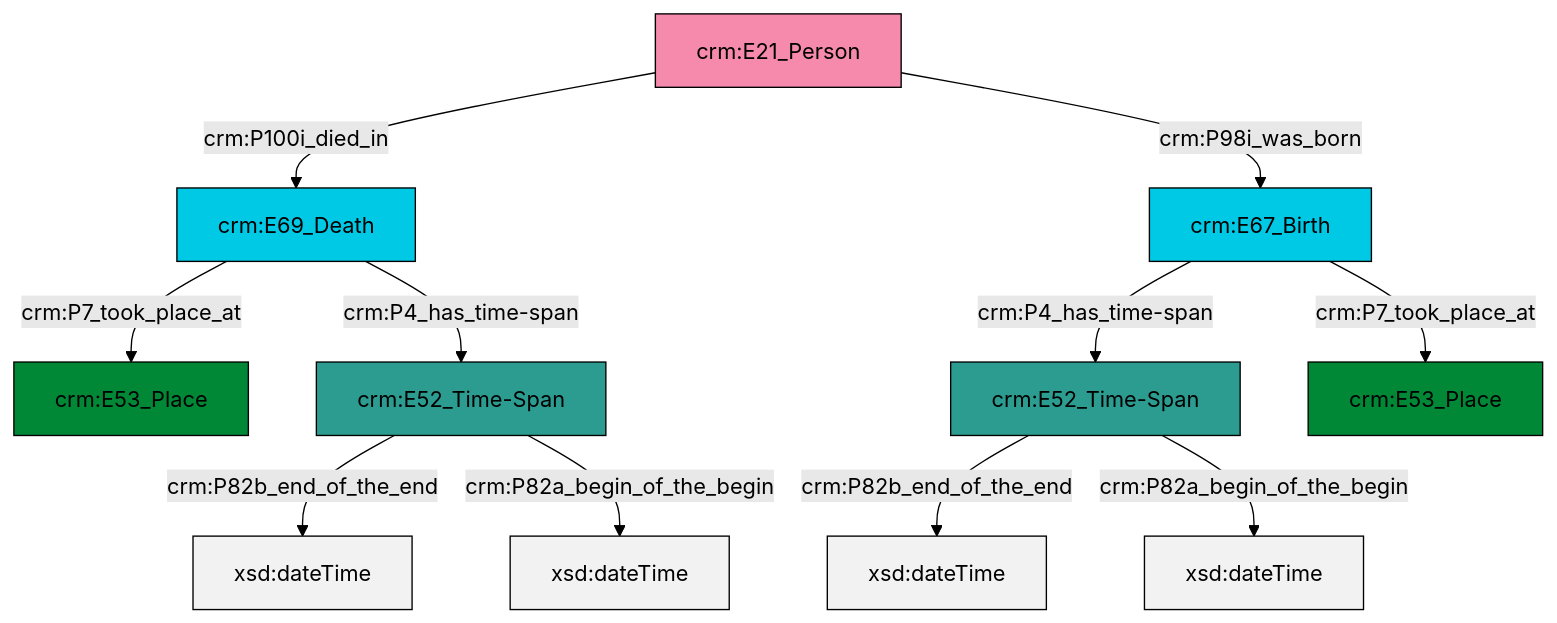
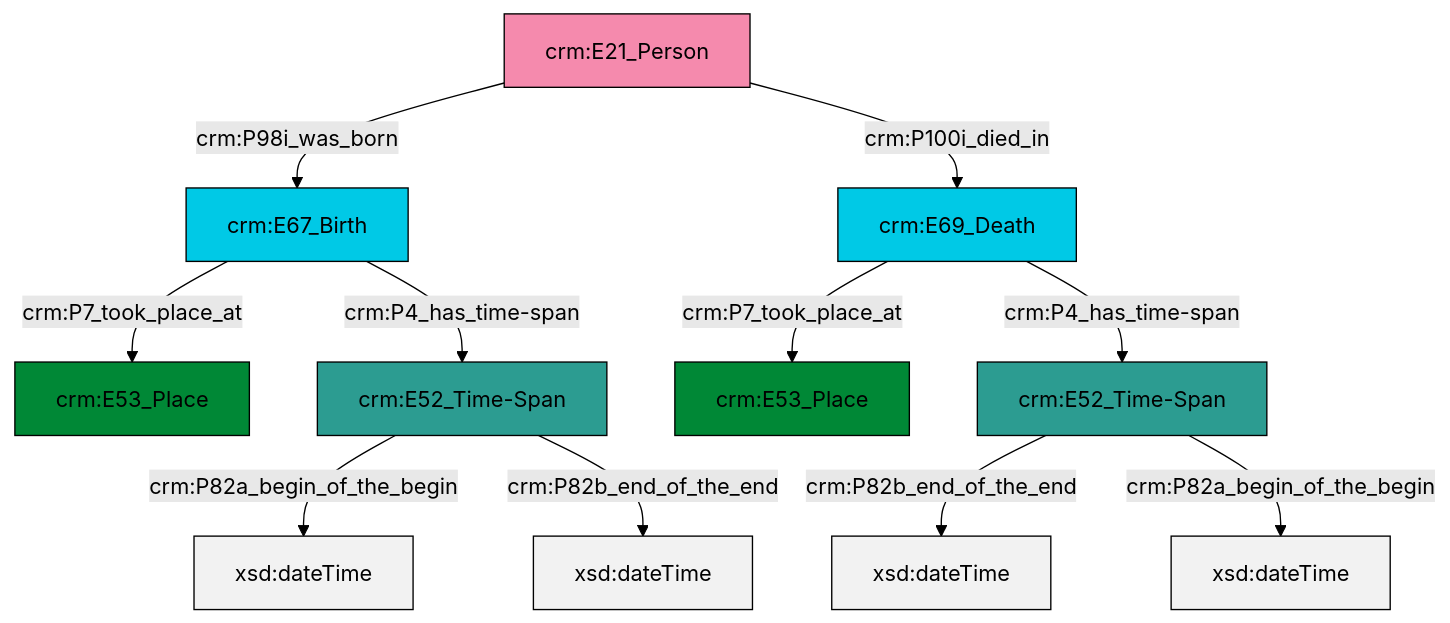
The diagram in et/personCSV/ttl/mmd/Person_Existence.ttl.mmd (swiss-art-research-net/reference-data-models), drawn with Mermaid (forest theme) before and after one commit. The commit also changed 127 other files, not shown here.

```diff
--- a/et/personCSV/ttl/mmd/Person_Existence.ttl.mmd
+++ b/et/personCSV/ttl/mmd/Person_Existence.ttl.mmd
@@ -1,25 +1,25 @@
 graph TD
 classDef Literal fill:#f2f2f2,stroke:#000000;
 classDef CRM_Entity fill:#FFFFFF,stroke:#000000;
 classDef Temporal_Entity fill:#00C9E6, stroke:#000000;
 classDef Type fill:#E18312, stroke:#000000;
 classDef Time-Span fill:#2C9C91, stroke:#000000;
 classDef Appellation fill:#FFEB7F, stroke:#000000;
 classDef Place fill:#008836, stroke:#000000;
 classDef Persistent_Item fill:#B266B2, stroke:#000000;
 classDef Conceptual_Object fill:#FFD700, stroke:#000000;
 classDef Physical_Thing fill:#D2B48C, stroke:#000000;
 classDef Actor fill:#f58aad, stroke:#000000;
 classDef PC_Classes fill:#4ce600, stroke:#000000;
 classDef Multi fill:#cccccc,stroke:#000000;
 
-0["crm:E67_Birth"]:::Temporal_Entity -->|crm:P4_has_time-span| 1["crm:E52_Time-Span"]:::Time-Span
-1["crm:E52_Time-Span"]:::Time-Span -->|crm:P82b_end_of_the_end| 2[xsd:dateTime]:::Literal
-3["crm:E52_Time-Span"]:::Time-Span -->|crm:P82b_end_of_the_end| 7[xsd:dateTime]:::Literal
-8["crm:E21_Person"]:::Actor -->|crm:P100i_died_in| 5["crm:E69_Death"]:::Temporal_Entity
-5["crm:E69_Death"]:::Temporal_Entity -->|crm:P7_took_place_at| 11["crm:E53_Place"]:::Place
-5["crm:E69_Death"]:::Temporal_Entity -->|crm:P4_has_time-span| 3["crm:E52_Time-Span"]:::Time-Span
-1["crm:E52_Time-Span"]:::Time-Span -->|crm:P82a_begin_of_the_begin| 15[xsd:dateTime]:::Literal
-3["crm:E52_Time-Span"]:::Time-Span -->|crm:P82a_begin_of_the_begin| 16[xsd:dateTime]:::Literal
-8["crm:E21_Person"]:::Actor -->|crm:P98i_was_born| 0["crm:E67_Birth"]:::Temporal_Entity
-0["crm:E67_Birth"]:::Temporal_Entity -->|crm:P7_took_place_at| 13["crm:E53_Place"]:::Place
+0["crm:E69_Death"]:::Temporal_Entity -->|crm:P7_took_place_at| 1["crm:E53_Place"]:::Place
+2["crm:E21_Person"]:::Actor -->|crm:P98i_was_born| 3["crm:E67_Birth"]:::Temporal_Entity
+5["crm:E52_Time-Span"]:::Time-Span -->|crm:P82b_end_of_the_end| 6[xsd:dateTime]:::Literal
+5["crm:E52_Time-Span"]:::Time-Span -->|crm:P82a_begin_of_the_begin| 8[xsd:dateTime]:::Literal
+3["crm:E67_Birth"]:::Temporal_Entity -->|crm:P7_took_place_at| 9["crm:E53_Place"]:::Place
+3["crm:E67_Birth"]:::Temporal_Entity -->|crm:P4_has_time-span| 11["crm:E52_Time-Span"]:::Time-Span
+0["crm:E69_Death"]:::Temporal_Entity -->|crm:P4_has_time-span| 5["crm:E52_Time-Span"]:::Time-Span
+11["crm:E52_Time-Span"]:::Time-Span -->|crm:P82a_begin_of_the_begin| 13[xsd:dateTime]:::Literal
+11["crm:E52_Time-Span"]:::Time-Span -->|crm:P82b_end_of_the_end| 15[xsd:dateTime]:::Literal
+2["crm:E21_Person"]:::Actor -->|crm:P100i_died_in| 0["crm:E69_Death"]:::Temporal_Entity
```
